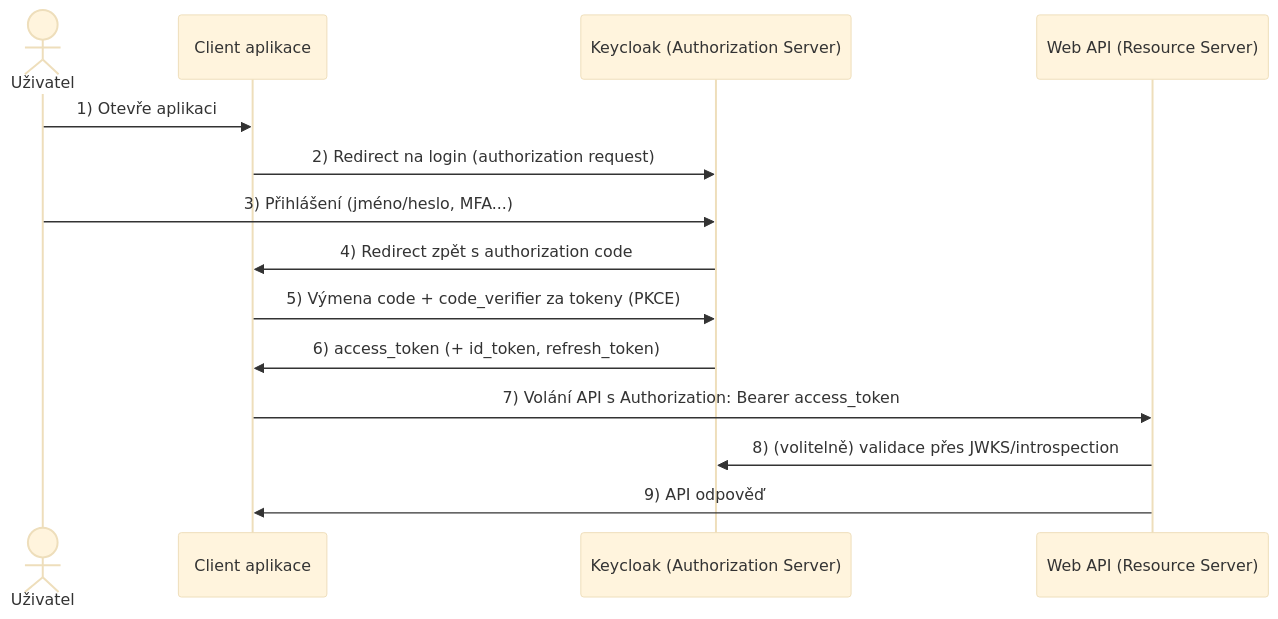
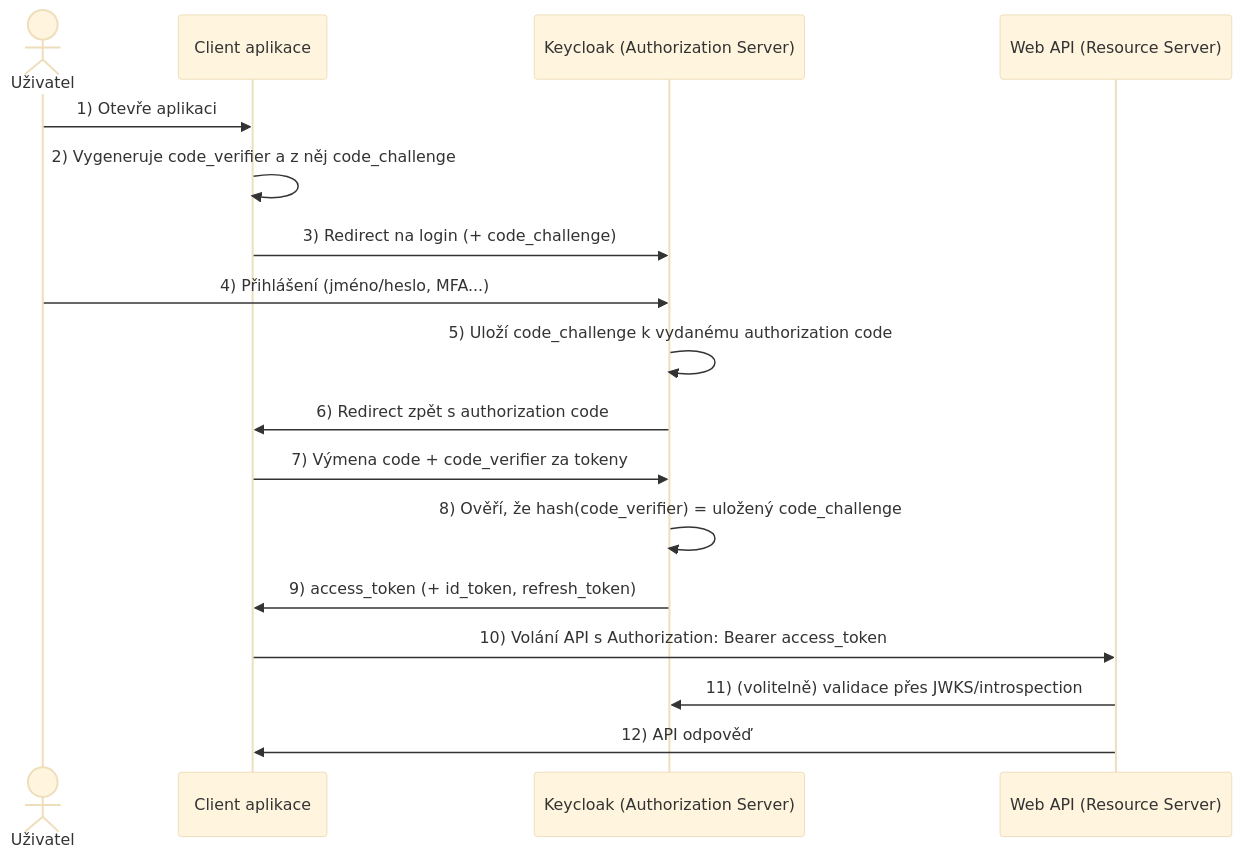
One commit to ekral/FAI changed the diagram in AF/notebooks/08_authentication_authorization.md. Above: the diagram before and after it, drawn with Mermaid (base theme). The commit also changed other lines of this file, not shown here.

````diff
--- a/AF/notebooks/08_authentication_authorization.md
+++ b/AF/notebooks/08_authentication_authorization.md
@@ -51,17 +49,20 @@
 ```mermaid
 sequenceDiagram
 		actor U as Uživatel
 		participant C as Client aplikace
 		participant K as Keycloak (Authorization Server)
 		participant A as Web API (Resource Server)
 
 		U->>C: 1) Otevře aplikaci
-		C->>K: 2) Redirect na login (authorization request)
-		U->>K: 3) Přihlášení (jméno/heslo, MFA...)
-		K->>C: 4) Redirect zpět s authorization code
-		C->>K: 5) Výmena code + code_verifier za tokeny (PKCE)
-		K->>C: 6) access_token (+ id_token, refresh_token)
-		C->>A: 7) Volání API s Authorization: Bearer access_token
-		A->>K: 8) (volitelně) validace přes JWKS/introspection
-		A->>C: 9) API odpověď
+		C->>C: 2) Vygeneruje code_verifier a z něj code_challenge
+		C->>K: 3) Redirect na login (+ code_challenge)
+		U->>K: 4) Přihlášení (jméno/heslo, MFA...)
+		K->>K: 5) Uloží code_challenge k vydanému authorization code
+		K->>C: 6) Redirect zpět s authorization code
+		C->>K: 7) Výmena code + code_verifier za tokeny
+		K->>K: 8) Ověří, že hash(code_verifier) = uložený code_challenge
+		K->>C: 9) access_token (+ id_token, refresh_token)
+		C->>A: 10) Volání API s Authorization: Bearer access_token
+		A->>K: 11) (volitelně) validace přes JWKS/introspection
+		A->>C: 12) API odpověď
 ```
````
